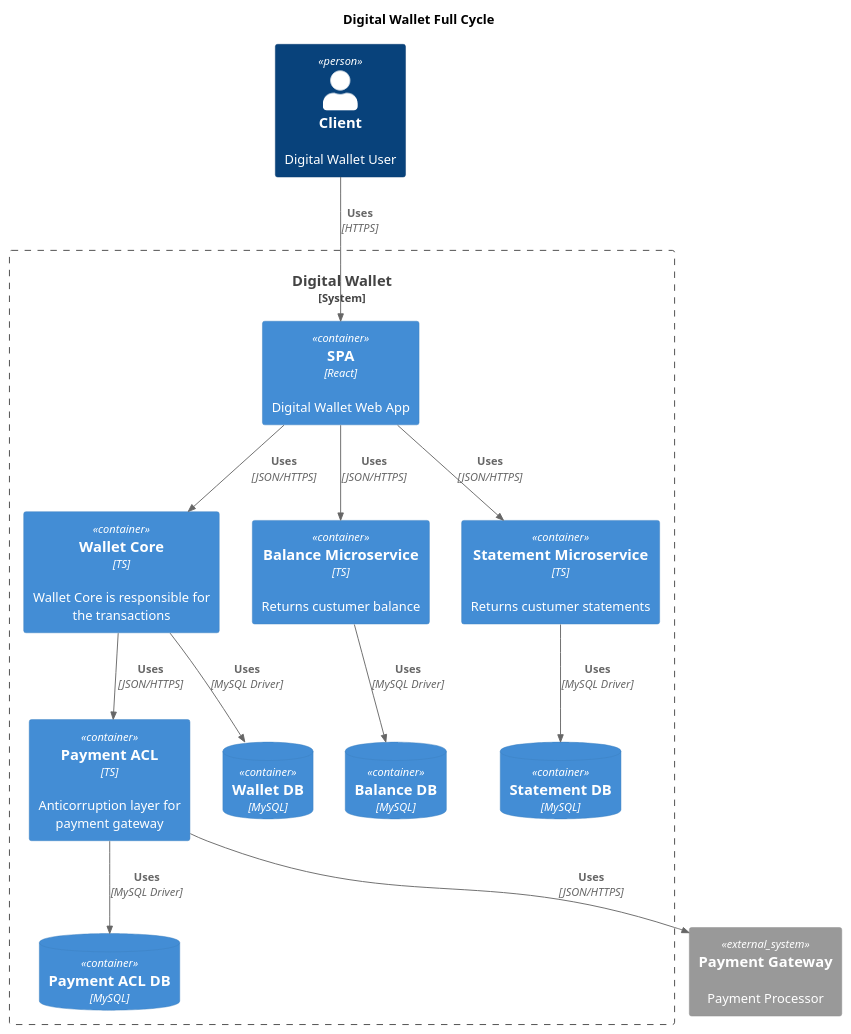
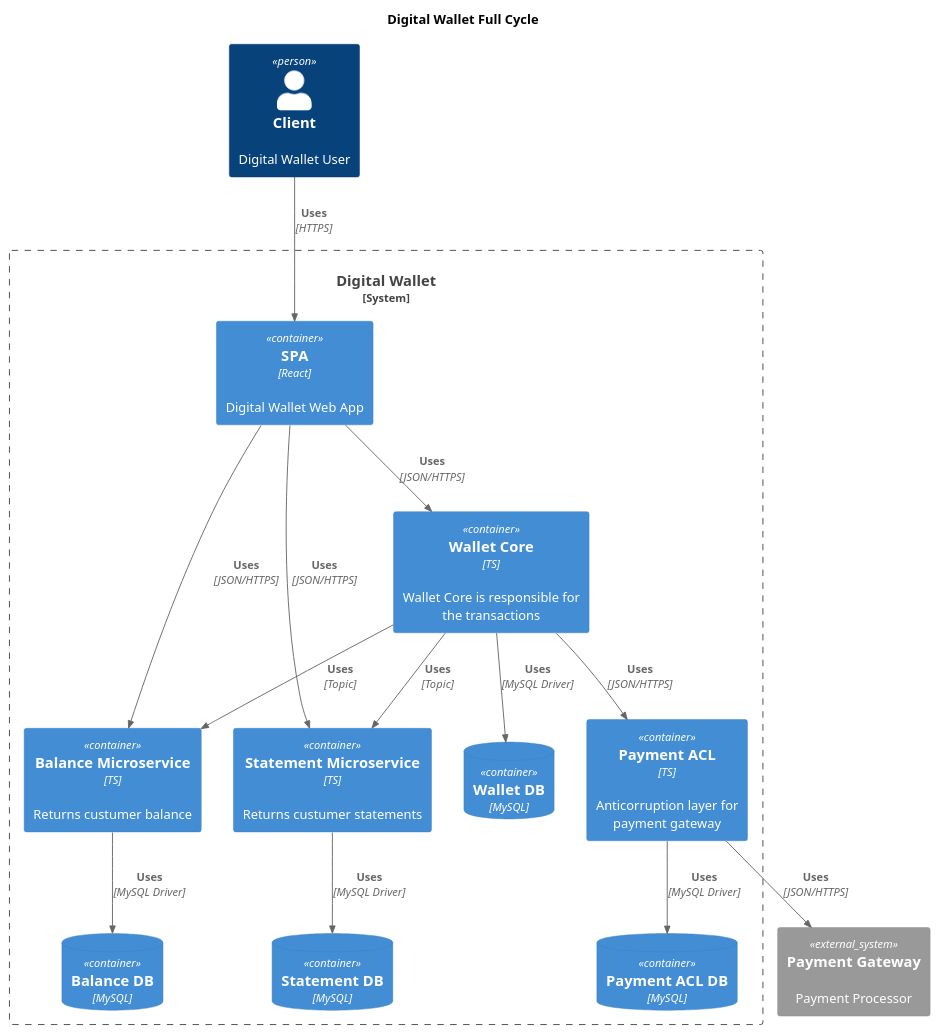
Before and after one commit to josemoura212/FullCycle: the diagram in microsservicos/containers.puml, drawn with PlantUML. The commit also changed 4 other files, not shown here.

```diff
--- a/microsservicos/containers.puml
+++ b/microsservicos/containers.puml
@@ -1,41 +1,45 @@
 @startuml context
 !include https://raw.githubusercontent.com/plantuml-stdlib/C4-PlantUML/master/C4_Container.puml
+AddRelTag("async",$lineStyle = DashLine())
 
 
 title "Digital Wallet Full Cycle"
 
 Person(client,"Client", "Digital Wallet User")
 
 System_Ext(payment_gateway,"Payment Gateway", "Payment Processor")
 
 System_Boundary(digital_wallet,"Digital Wallet"){
     Container(spa,"SPA","React", "Digital Wallet Web App")
     Container(wallet_core,"Wallet Core","TS", "Wallet Core is responsible for the transactions ")
     Container(balance_service,"Balance Microservice","TS", "Returns custumer balance")
     Container(statement_service,"Statement Microservice","TS", "Returns custumer statements")
     Container(payment_acl,"Payment ACL","TS", "Anticorruption layer for payment gateway")
 
     ContainerDb(wallet_core_db,"Wallet DB","MySQL")
     Rel(wallet_core,wallet_core_db,"Uses", "MySQL Driver")
 
     ContainerDb(balance_db,"Balance DB","MySQL")
     Rel(balance_service,balance_db,"Uses", "MySQL Driver")
 
     ContainerDb(statement_db,"Statement DB","MySQL")
     Rel(statement_service,statement_db,"Uses", "MySQL Driver")
 
     ContainerDb(payment_acl_db,"Payment ACL DB","MySQL")
     Rel(payment_acl,payment_acl_db,"Uses", "MySQL Driver")
 
     Rel(client,spa,"Uses", "HTTPS")
 
     Rel(spa,wallet_core,"Uses", "JSON/HTTPS")
     Rel(spa,balance_service,"Uses", "JSON/HTTPS")
     Rel(spa,statement_service,"Uses", "JSON/HTTPS")
 
     Rel(wallet_core,payment_acl,"Uses", "JSON/HTTPS")
     Rel(payment_acl,payment_gateway,"Uses", "JSON/HTTPS")
+
+    Rel(wallet_core,balance_service,"Uses", "Topic",$tags = "async")
+    Rel(wallet_core,statement_service,"Uses", "Topic",$tags = "async")
 }
 
 
 @enduml
```
